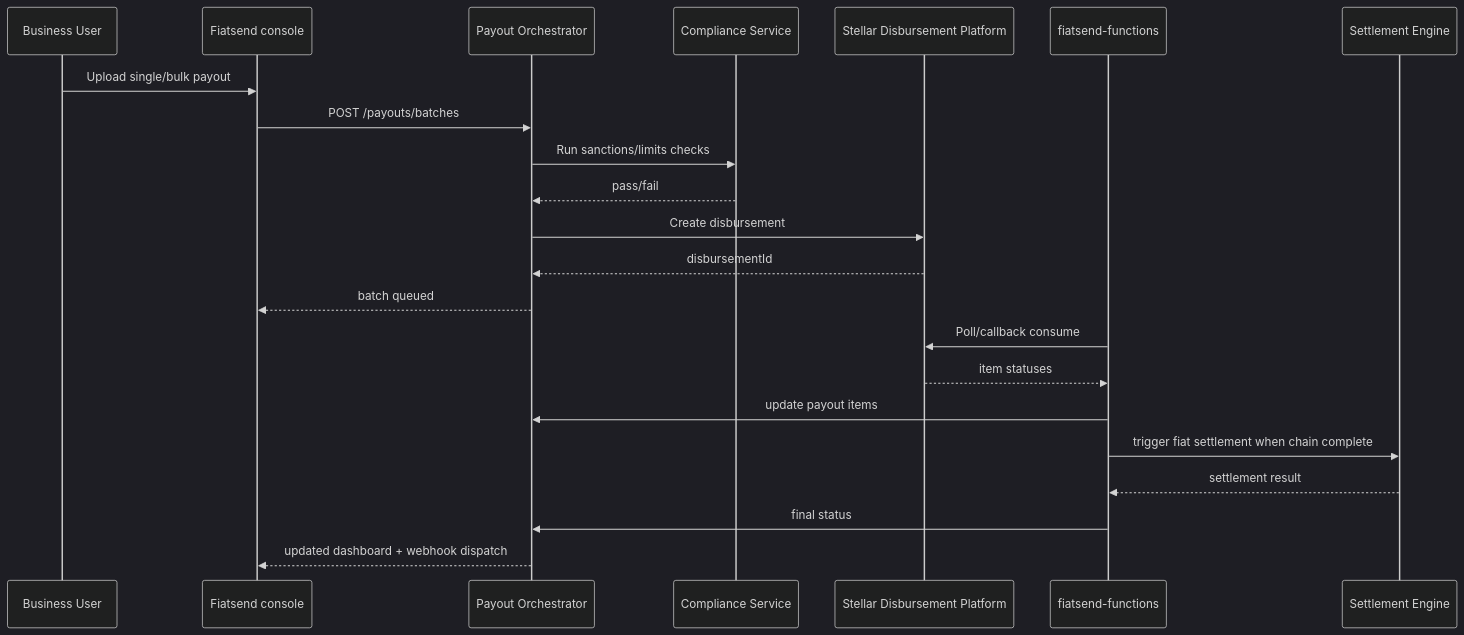
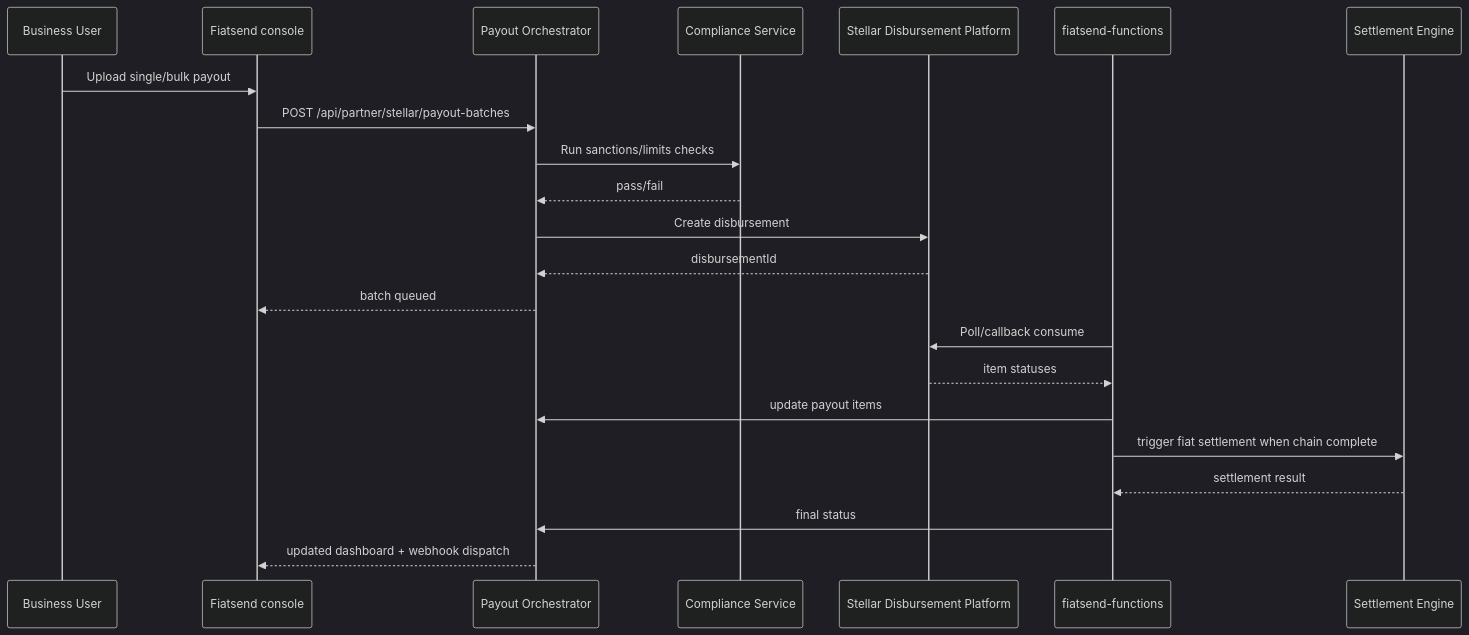
Before and after one commit to fiatsend/techical-achitecture: diagram 14 of 18 in Fiatsend-Technical-Architecture-SCF43-Integration.md, drawn with Mermaid (dark theme). The commit also changed other lines of this file, not shown here.

First line of the commit message:
Revise Fiatsend technical architecture details

````diff
--- a/Fiatsend-Technical-Architecture-SCF43-Integration.md
+++ b/Fiatsend-Technical-Architecture-SCF43-Integration.md
@@ -617,26 +987,26 @@
 ```mermaid
 sequenceDiagram
     participant Biz as Business User
     participant Console as Fiatsend console
     participant API as Payout Orchestrator
     participant CMP as Compliance Service
     participant SDP as Stellar Disbursement Platform
     participant Worker as fiatsend-functions
     participant Local as Settlement Engine
 
     Biz->>Console: Upload single/bulk payout
-    Console->>API: POST /payouts/batches
+    Console->>API: POST /api/partner/stellar/payout-batches
     API->>CMP: Run sanctions/limits checks
     CMP-->>API: pass/fail
     API->>SDP: Create disbursement
     SDP-->>API: disbursementId
     API-->>Console: batch queued
 
     Worker->>SDP: Poll/callback consume
     SDP-->>Worker: item statuses
     Worker->>API: update payout items
     Worker->>Local: trigger fiat settlement when chain complete
     Local-->>Worker: settlement result
     Worker->>API: final status
     API-->>Console: updated dashboard + webhook dispatch
 ```
````
